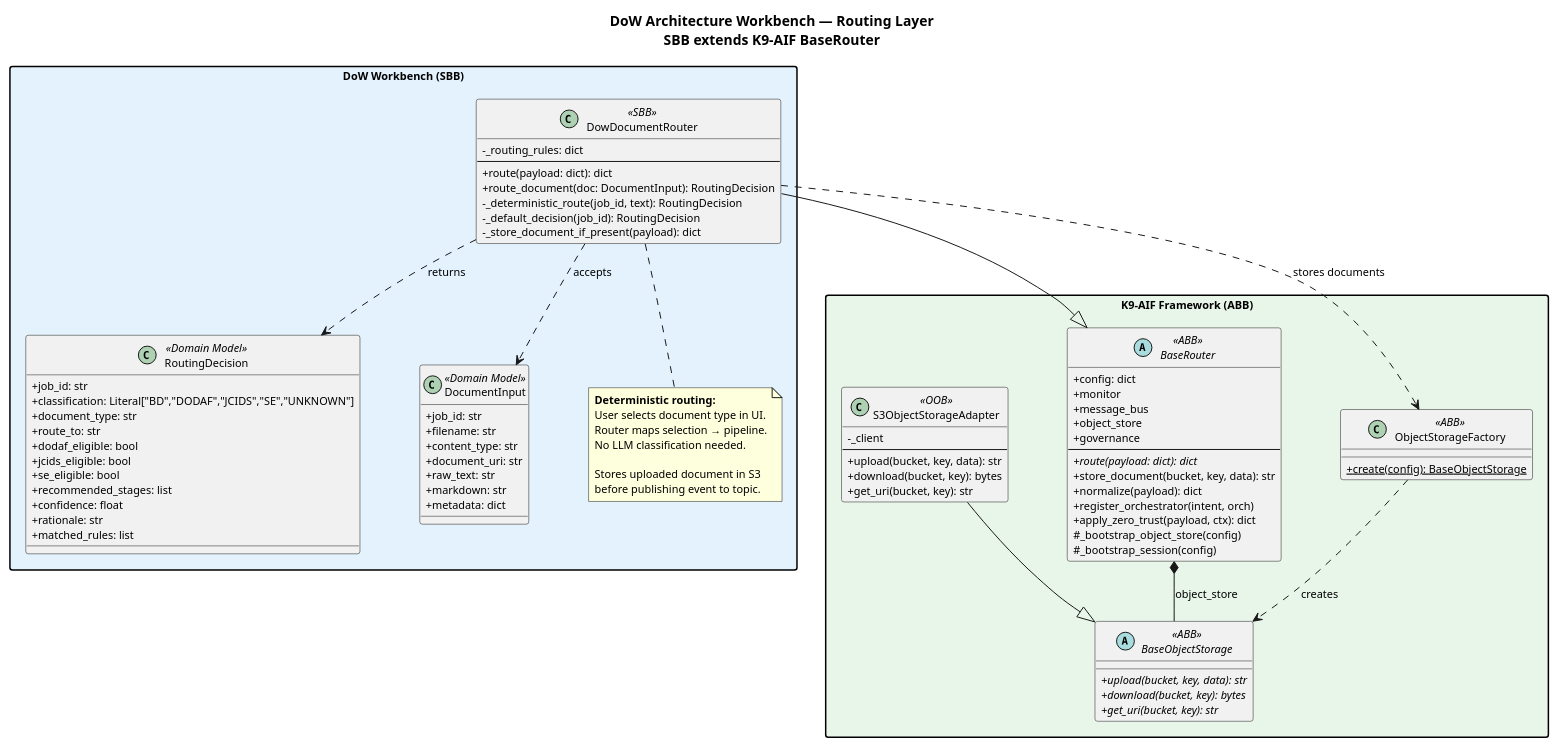
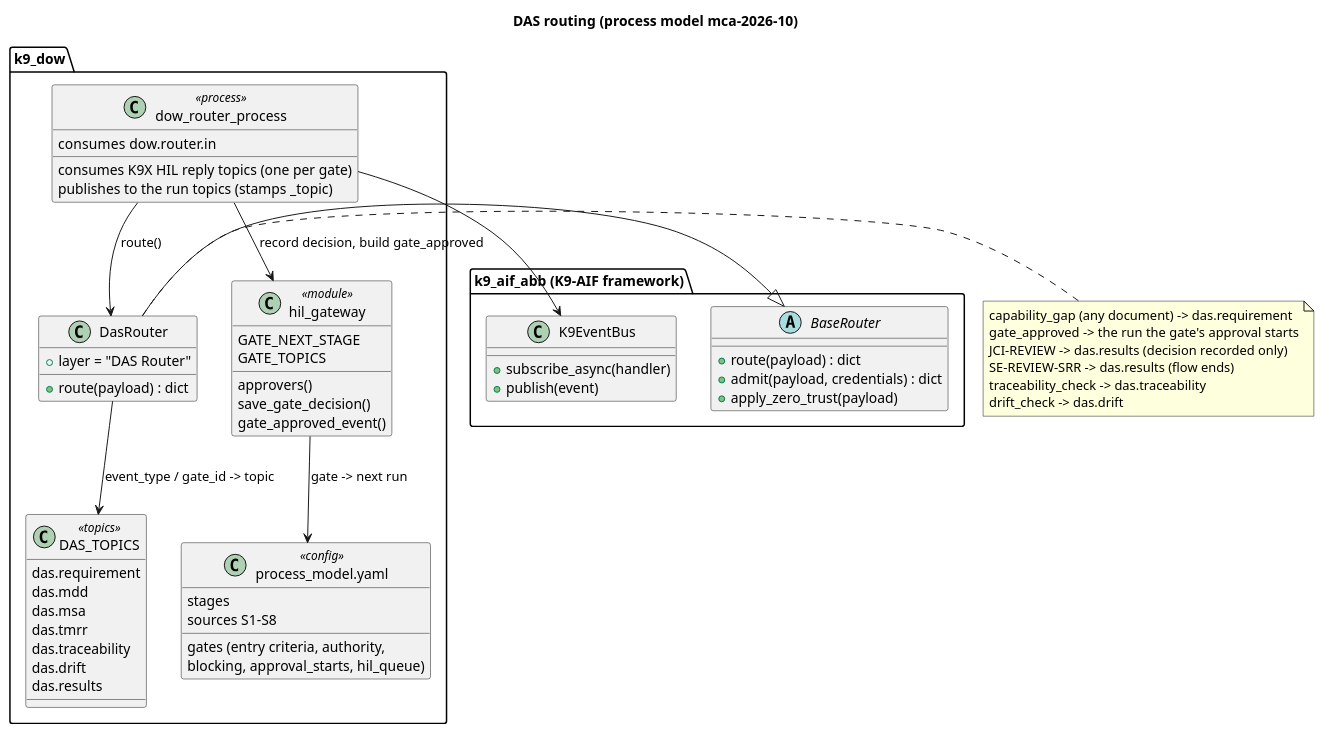
The diagram in architecture/diagrams/01-routing-class-diagram.puml (k9aif/dow-k9x), drawn with PlantUML before and after one commit. The commit also changed 13 other files, not shown here.

First line of the commit message:
Redraw architecture diagrams from the current code; AWS boundary as a frame

```diff
--- a/architecture/diagrams/01-routing-class-diagram.puml
+++ b/architecture/diagrams/01-routing-class-diagram.puml
@@ -1,111 +1,65 @@
-@startuml
-skinparam classAttributeIconSize 0
-skinparam shadowing false
-skinparam defaultFontName Helvetica
-skinparam defaultFontSize 11
-skinparam packageStyle rectangle
-skinparam nodesep 60
-skinparam ranksep 40
+@startuml 01-routing-class-diagram
+title DAS routing (process model mca-2026-10)
 
-title **DoW Architecture Workbench — Routing Layer**\nSBB extends K9-AIF BaseRouter
-
-' ── ABB ───────────────────────────────────────────────────
-
-package "K9-AIF Framework (ABB)" #E8F5E9 {
-
-    abstract class BaseRouter <<ABB>> {
-        +config: dict
-        +monitor
-        +message_bus
-        +object_store
-        +governance
-        --
-        {abstract} +route(payload: dict): dict
-        +store_document(bucket, key, data): str
-        +normalize(payload): dict
-        +register_orchestrator(intent, orch)
-        +apply_zero_trust(payload, ctx): dict
-        #_bootstrap_object_store(config)
-        #_bootstrap_session(config)
-    }
-
-    class ObjectStorageFactory <<ABB>> {
-        {static} +create(config): BaseObjectStorage
-    }
-
-    abstract class BaseObjectStorage <<ABB>> {
-        {abstract} +upload(bucket, key, data): str
-        {abstract} +download(bucket, key): bytes
-        {abstract} +get_uri(bucket, key): str
-    }
-
-    class S3ObjectStorageAdapter <<OOB>> {
-        -_client
-        --
-        +upload(bucket, key, data): str
-        +download(bucket, key): bytes
-        +get_uri(bucket, key): str
-    }
-
-    S3ObjectStorageAdapter --|> BaseObjectStorage
-    ObjectStorageFactory ..> BaseObjectStorage : creates
-    BaseRouter *-- BaseObjectStorage : object_store
+package "k9_aif_abb (K9-AIF framework)" {
+  abstract class BaseRouter {
+    +route(payload) : dict
+    +admit(payload, credentials) : dict
+    +apply_zero_trust(payload)
+  }
+  class K9EventBus {
+    +subscribe_async(handler)
+    +publish(event)
+  }
 }
 
-' ── SBB ───────────────────────────────────────────────────
-
-package "DoW Workbench (SBB)" #E3F2FD {
-
-    class DowDocumentRouter <<SBB>> {
-        -_routing_rules: dict
-        --
-        +route(payload: dict): dict
-        +route_document(doc: DocumentInput): RoutingDecision
-        -_deterministic_route(job_id, text): RoutingDecision
-        -_default_decision(job_id): RoutingDecision
-        -_store_document_if_present(payload): dict
-    }
-
-    class RoutingDecision <<Domain Model>> {
-        +job_id: str
-        +classification: Literal["BD","DODAF","JCIDS","SE","UNKNOWN"]
-        +document_type: str
-        +route_to: str
-        +dodaf_eligible: bool
-        +jcids_eligible: bool
-        +se_eligible: bool
-        +recommended_stages: list
-        +confidence: float
-        +rationale: str
-        +matched_rules: list
-    }
-
-    class DocumentInput <<Domain Model>> {
-        +job_id: str
-        +filename: str
-        +content_type: str
-        +document_uri: str
-        +raw_text: str
-        +markdown: str
-        +metadata: dict
-    }
-
-    note bottom of DowDocumentRouter
-        **Deterministic routing:**
-        User selects document type in UI.
-        Router maps selection → pipeline.
-        No LLM classification needed.
-
-        Stores uploaded document in S3
-        before publishing event to topic.
-    end note
+package "k9_dow" {
+  class DasRouter {
+    +layer = "DAS Router"
+    +route(payload) : dict
+  }
+  class "dow_router_process" as RP <<process>> {
+    consumes dow.router.in
+    consumes K9X HIL reply topics (one per gate)
+    publishes to the run topics (stamps _topic)
+  }
+  class "hil_gateway" as HG <<module>> {
+    GATE_NEXT_STAGE
+    GATE_TOPICS
+    approvers()
+    save_gate_decision()
+    gate_approved_event()
+  }
+  class "process_model.yaml" as PM <<config>> {
+    stages
+    gates (entry criteria, authority,
+    blocking, approval_starts, hil_queue)
+    sources S1-S8
+  }
+  class "DAS_TOPICS" as T <<topics>> {
+    das.requirement
+    das.mdd
+    das.msa
+    das.tmrr
+    das.traceability
+    das.drift
+    das.results
+  }
 }
 
-' ── Inheritance ───────────────────────────────────────────
+BaseRouter <|-- DasRouter
+RP --> DasRouter : route()
+RP --> K9EventBus
+RP --> HG : record decision, build gate_approved
+HG --> PM : gate -> next run
+DasRouter --> T : event_type / gate_id -> topic
 
-DowDocumentRouter --|> BaseRouter
-DowDocumentRouter ..> RoutingDecision : returns
-DowDocumentRouter ..> DocumentInput : accepts
-DowDocumentRouter ..> ObjectStorageFactory : stores documents
-
+note right of DasRouter
+  capability_gap (any document) -> das.requirement
+  gate_approved -> the run the gate's approval starts
+  JCI-REVIEW -> das.results (decision recorded only)
+  SE-REVIEW-SRR -> das.results (flow ends)
+  traceability_check -> das.traceability
+  drift_check -> das.drift
+end note
 @enduml
```
